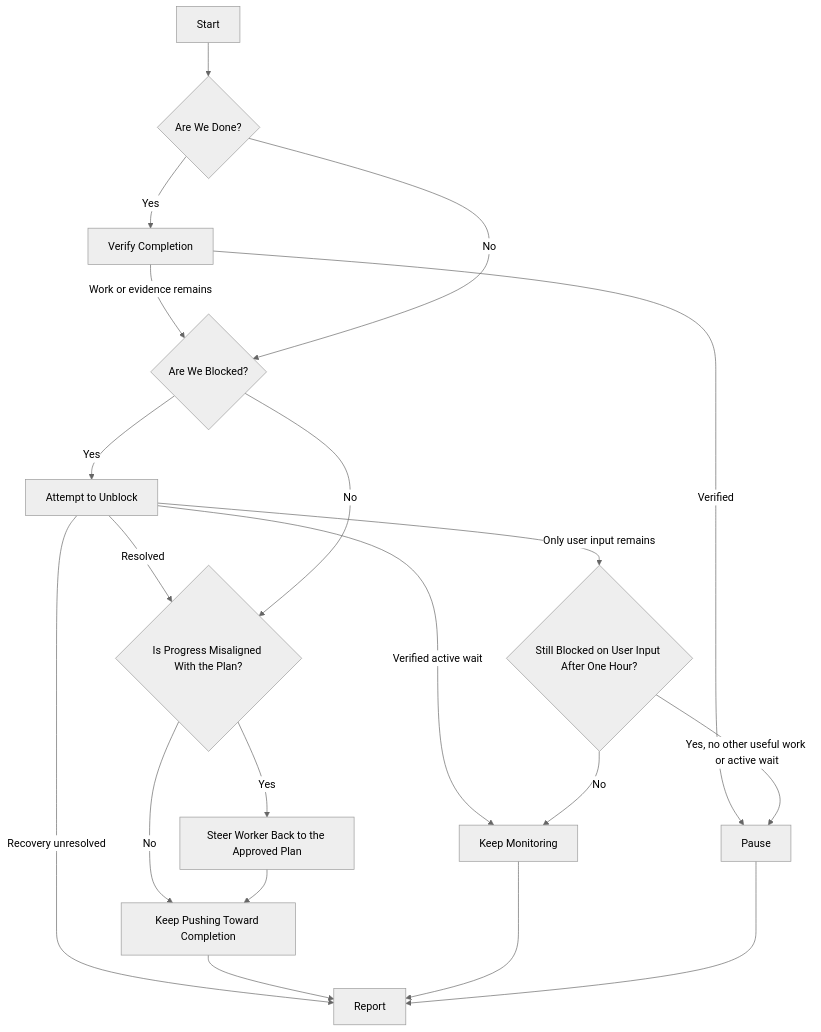
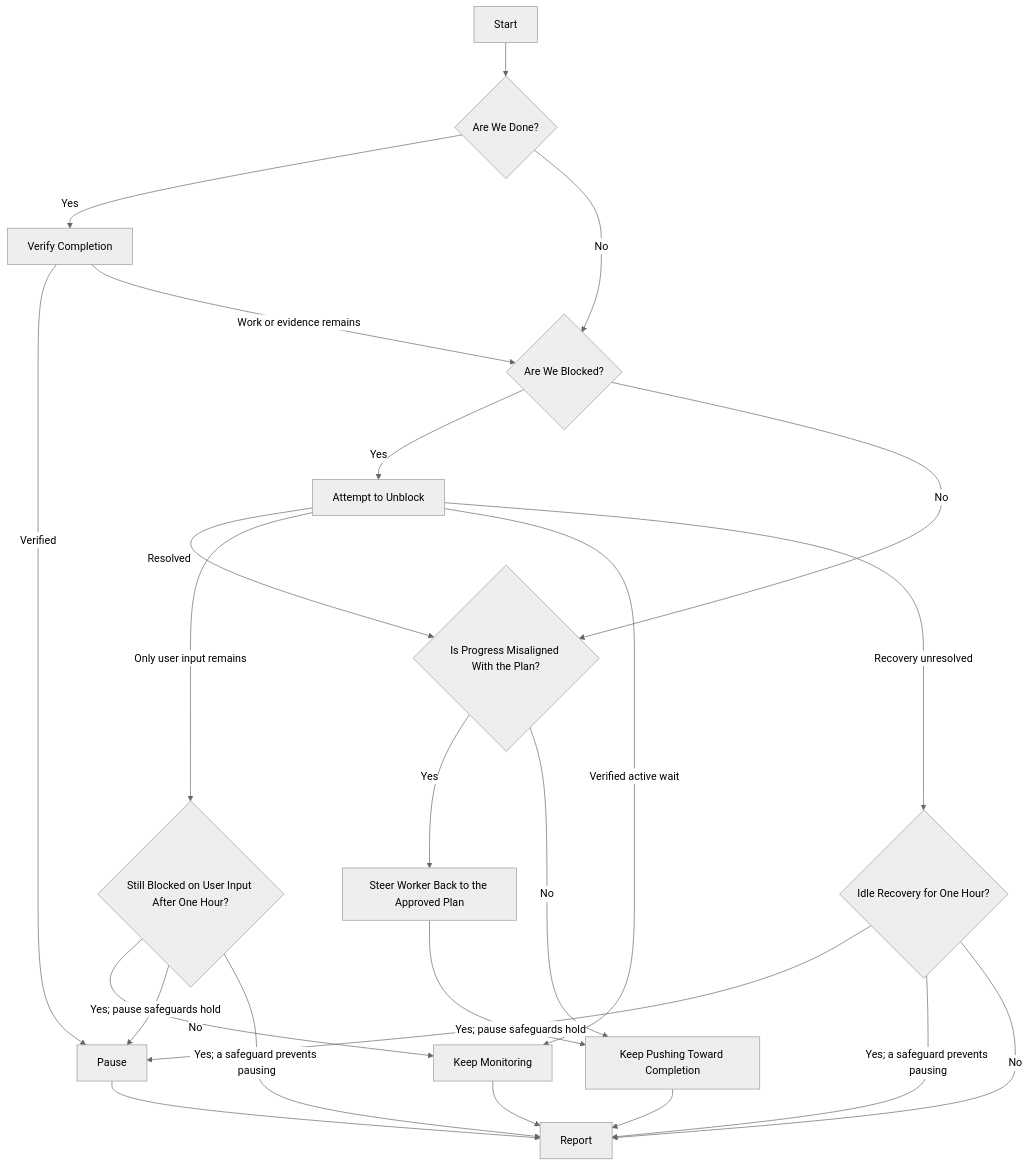
One commit to schmingle/config changed the diagram in .codex/skills/project-supervise/SKILL.md. Above: the diagram before and after it, drawn with Mermaid (neutral theme). The commit also changed other lines of this file and 3 other files, not shown here.

Commit message:
Improve supervised routing, idle pausing and off-hours queue delivery

````diff
--- a/.codex/skills/project-supervise/SKILL.md
+++ b/.codex/skills/project-supervise/SKILL.md
@@ -19,24 +19,28 @@
 ```mermaid
 flowchart TD
     A["Start"] --> B{"Are We Done?"}
     B -->|Yes| C["Verify Completion"]
     C -->|Verified| P["Pause"]
     C -->|Work or evidence remains| E{"Are We Blocked?"}
     B -->|No| E
 
     E -->|Yes| F["Attempt to Unblock"]
     F -->|Resolved| G{"Is Progress Misaligned With the Plan?"}
     F -->|Only user input remains| T{"Still Blocked on User Input After One Hour?"}
     F -->|Verified active wait| I["Keep Monitoring"]
-    F -->|Recovery unresolved| R["Report"]
+    F -->|Recovery unresolved| N{"Idle Recovery for One Hour?"}
+    N -->|Yes; pause safeguards hold| P
+    N -->|Yes; a safeguard prevents pausing| R
+    N -->|No| R["Report"]
     E -->|No| G
 
     T -->|No| I
-    T -->|Yes, no other useful work or active wait| P
+    T -->|Yes; pause safeguards hold| P
+    T -->|Yes; a safeguard prevents pausing| R
     G -->|Yes| J["Steer Worker Back to the Approved Plan"]
     G -->|No| K["Keep Pushing Toward Completion"]
     J --> K
     K --> R
     I --> R
     P --> R
 ```
````
